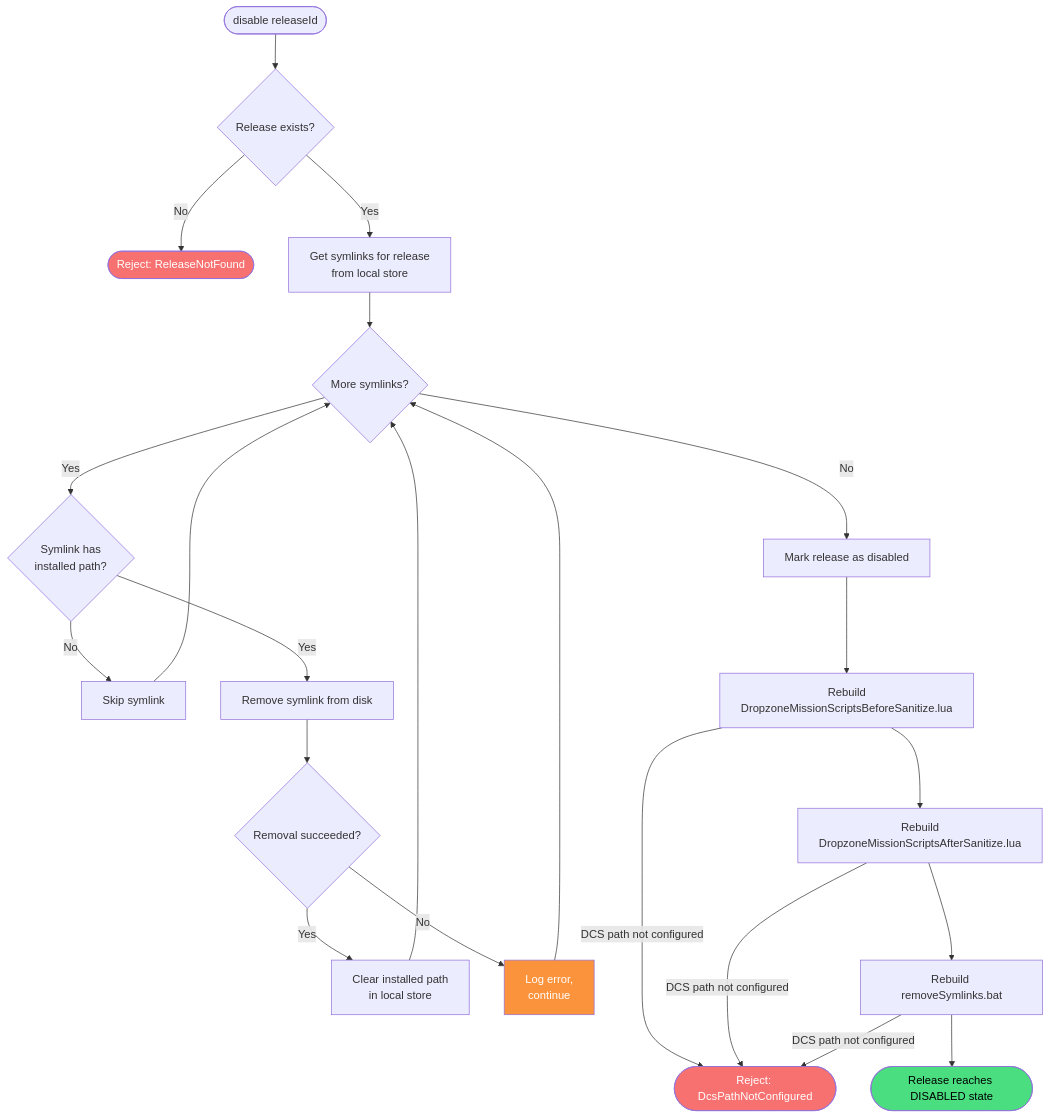
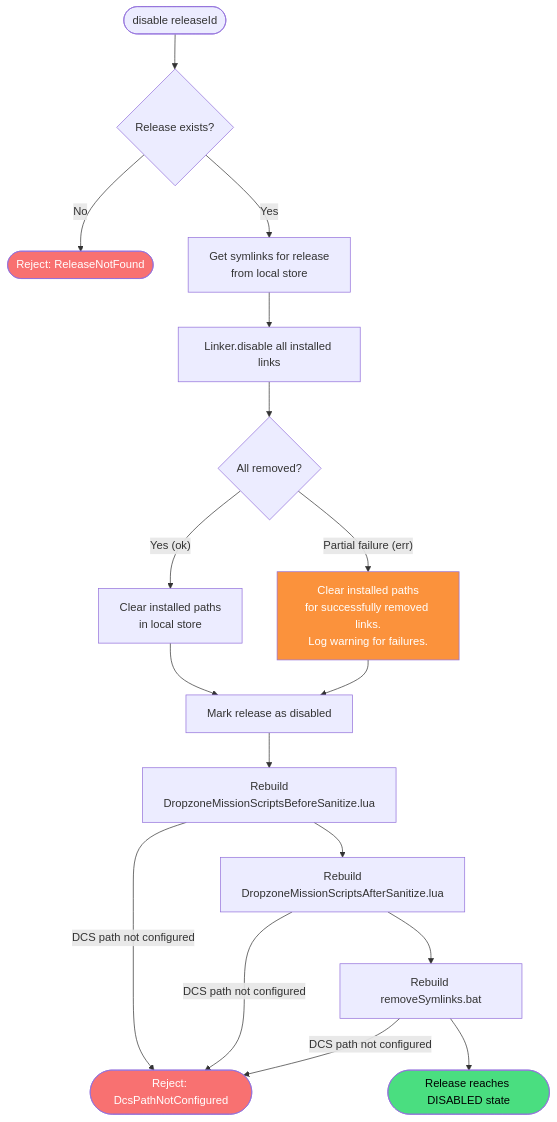
One commit to flying-dice/dcs-dropzone changed the diagram in docs/daemon/spec/disable-release.md. Above: the diagram before and after it, drawn with Mermaid. The commit also changed other lines of this file and 1 other file, not shown here.

Commit message:
docs: add Linker API reference and update disable-release spec
- docs/packages/linker.md: new MDN-style reference for @packages/linker
  covering Linker.enable(), Linker.disable(), all error types,
  LinkerErrorCode enum with recommended user messages, and platform
  support table
- docs/daemon/spec/disable-release.md: update return type to
  Result<void, ReleaseNotFound | DcsPathNotConfigured>, add Linker
  partial-failure flowchart node, cross-link to Linker reference

https://claude.ai/code/session_01M1A45r6TZNWWsgpmbfbQma

````diff
--- a/docs/daemon/spec/disable-release.md
+++ b/docs/daemon/spec/disable-release.md
@@ -52,35 +49,31 @@
 ```mermaid
 flowchart TD
     Start([disable releaseId]) --> Exists{Release exists?}
 
     Exists -- No --> ErrNotFound([Reject: ReleaseNotFound])
     Exists -- Yes --> GetLinks[Get symlinks for release<br/>from local store]
 
-    GetLinks --> Loop{More symlinks?}
+    GetLinks --> DisableLinks[Linker.disable all installed links]
 
-    Loop -- No --> MarkDisabled[Mark release as disabled]
-    Loop -- Yes --> HasPath{Symlink has<br/>installed path?}
+    DisableLinks --> RemoveOk{All removed?}
+    RemoveOk -- "Yes (ok)" --> ClearAll[Clear installed paths<br/>in local store]
+    RemoveOk -- "Partial failure (err)" --> ClearSucceeded[Clear installed paths<br/>for successfully removed links.<br/>Log warning for failures.]
 
-    HasPath -- No --> SkipLink[Skip symlink] --> Loop
-    HasPath -- Yes --> RemoveLink[Remove symlink from disk]
-
-    RemoveLink --> RemoveOk{Removal succeeded?}
-
-    RemoveOk -- Yes --> ClearPath[Clear installed path<br/>in local store] --> Loop
-    RemoveOk -- No --> LogError[Log error,<br/>continue] --> Loop
+    ClearAll --> MarkDisabled[Mark release as disabled]
+    ClearSucceeded --> MarkDisabled
 
     MarkDisabled --> RebuildBefore[Rebuild<br/>DropzoneMissionScriptsBeforeSanitize.lua]
     RebuildBefore --> RebuildAfter[Rebuild<br/>DropzoneMissionScriptsAfterSanitize.lua]
     RebuildAfter --> RebuildBat[Rebuild removeSymlinks.bat]
 
     RebuildBefore -- DCS path not configured --> ErrDcsPath([Reject: DcsPathNotConfigured])
     RebuildAfter -- DCS path not configured --> ErrDcsPath
     RebuildBat -- DCS path not configured --> ErrDcsPath
 
     RebuildBat --> Done([Release reaches DISABLED state])
 
     style ErrNotFound fill:#f87171,color:#fff
     style ErrDcsPath fill:#f87171,color:#fff
-    style LogError fill:#fb923c,color:#fff
+    style ClearSucceeded fill:#fb923c,color:#fff
     style Done fill:#4ade80,color:#000
 ```
````
